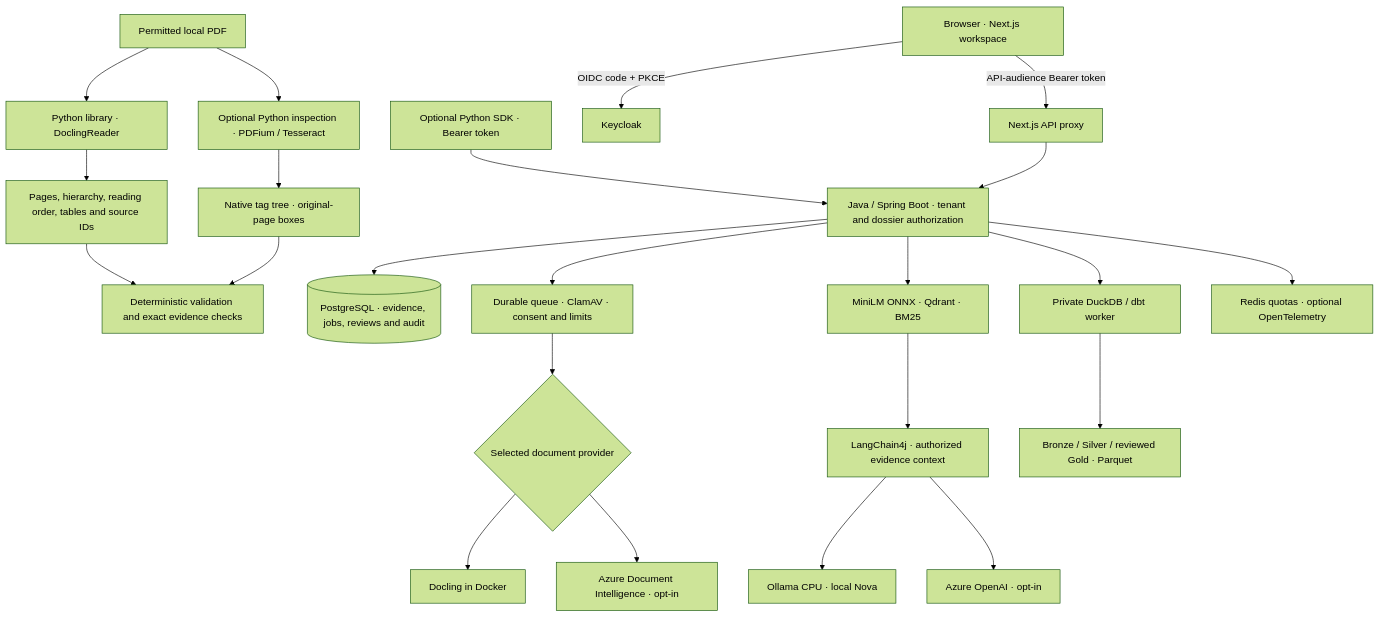
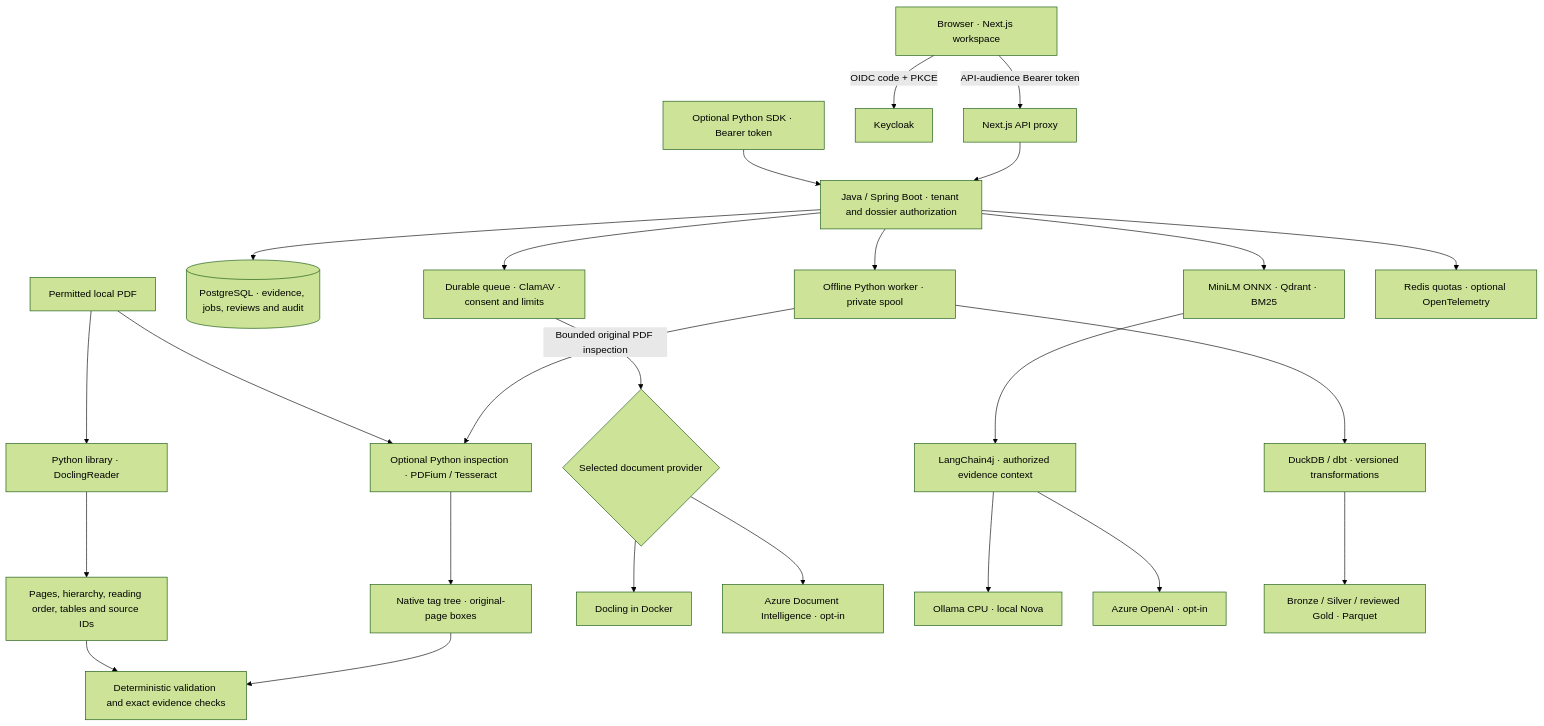
Before and after one commit to quocvietphung/document-intelligence-lab: the diagram in README.md, drawn with Mermaid (forest theme). The commit also changed other lines of this file and 47 other files, not shown here.

````diff
--- a/README.md
+++ b/README.md
@@ -346,25 +372,27 @@
 ```mermaid
 flowchart TD
     PDF[Permitted local PDF] --> PY[Python library · DoclingReader]
     PY --> EV[Pages, hierarchy, reading order, tables and source IDs]
     EV --> V[Deterministic validation and exact evidence checks]
     PDF --> INSPECT[Optional Python inspection · PDFium / Tesseract]
     INSPECT --> GEOM[Native tag tree · original-page boxes]
     GEOM --> V
     SDK[Optional Python SDK · Bearer token] --> JAVA
     B[Browser · Next.js workspace] -->|OIDC code + PKCE| K[Keycloak]
     B -->|API-audience Bearer token| N[Next.js API proxy]
     N --> JAVA[Java / Spring Boot · tenant and dossier authorization]
     JAVA --> DB[(PostgreSQL · evidence, jobs, reviews and audit)]
     JAVA --> Q[Durable queue · ClamAV · consent and limits]
     Q --> D{Selected document provider}
     D --> DC[Docling in Docker]
     D --> AZD[Azure Document Intelligence · opt-in]
     JAVA --> R[MiniLM ONNX · Qdrant · BM25]
     R --> LC[LangChain4j · authorized evidence context]
     LC --> OL[Ollama CPU · local Nova]
     LC --> AZO[Azure OpenAI · opt-in]
-    JAVA --> ETL[Private DuckDB / dbt worker]
-    ETL --> LAYERS[Bronze / Silver / reviewed Gold · Parquet]
+    JAVA --> ETL[Offline Python worker · private spool]
+    ETL -->|Bounded original PDF inspection| INSPECT
+    ETL --> DUCK[DuckDB / dbt · versioned transformations]
+    DUCK --> LAYERS[Bronze / Silver / reviewed Gold · Parquet]
     JAVA --> OBS[Redis quotas · optional OpenTelemetry]
 ```
````
